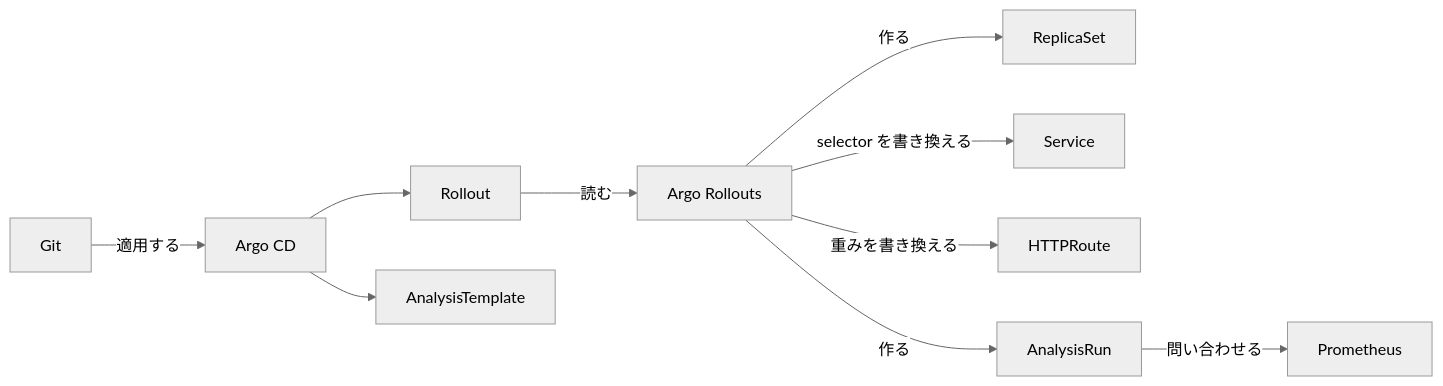
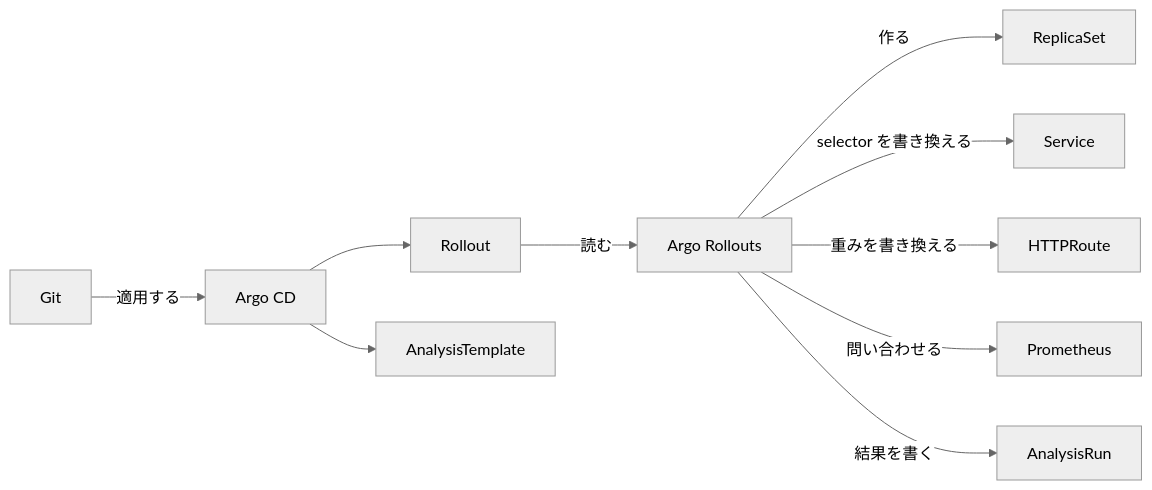
One commit to cloudnativedaysjp/cnd-handson changed the second of 2 diagrams in chapter_argo-rollouts/README.md. Above: the diagram before and after it, drawn with Mermaid (neutral theme). The commit also changed other lines of this file, not shown here.

Commit message:
docs(argo-rollouts): clarify what the analysis measures and who queries Prometheus

````diff
--- a/chapter_argo-rollouts/README.md
+++ b/chapter_argo-rollouts/README.md
@@ -35,12 +35,12 @@
 ```mermaid
 graph LR;
     Git-->|適用する|ArgoCD[Argo CD];
     ArgoCD-->Rollout;
     ArgoCD-->AnalysisTemplate;
     Rollout-->|読む|ArgoRollouts[Argo Rollouts];
     ArgoRollouts-->|作る|ReplicaSet;
     ArgoRollouts-->|selector を書き換える|Service;
     ArgoRollouts-->|重みを書き換える|HTTPRoute;
-    ArgoRollouts-->|作る|AnalysisRun;
-    AnalysisRun-->|問い合わせる|Prometheus;
+    ArgoRollouts-->|問い合わせる|Prometheus;
+    ArgoRollouts-->|結果を書く|AnalysisRun;
 ```
````
